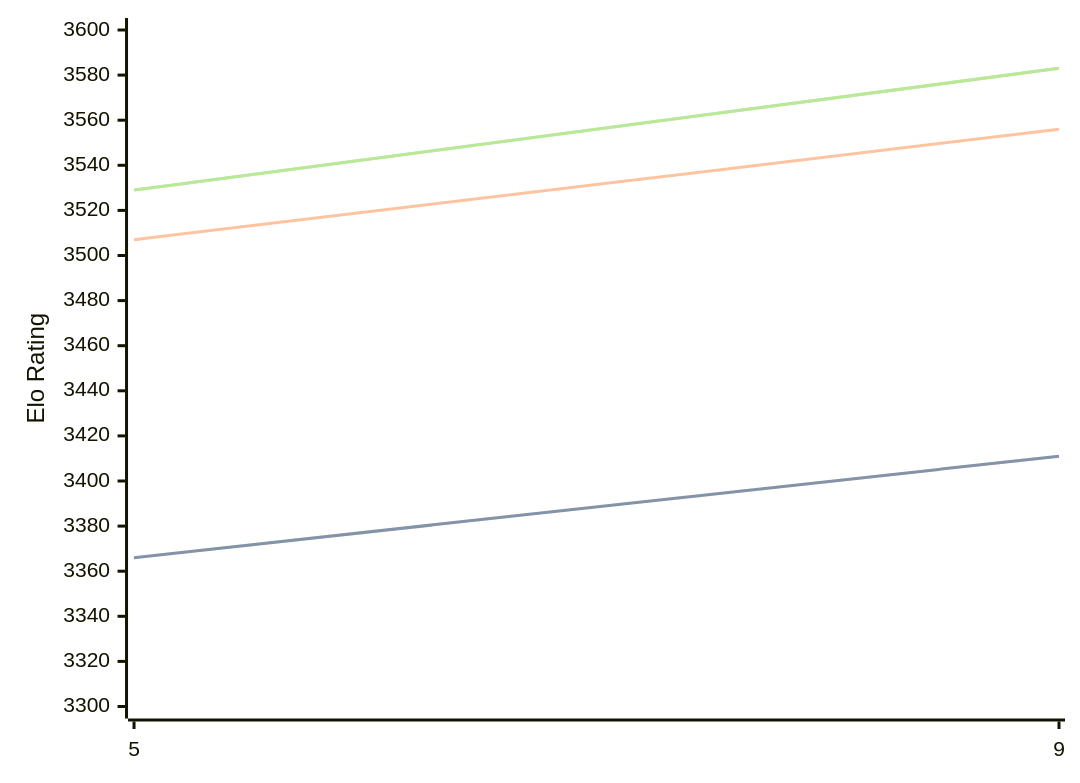
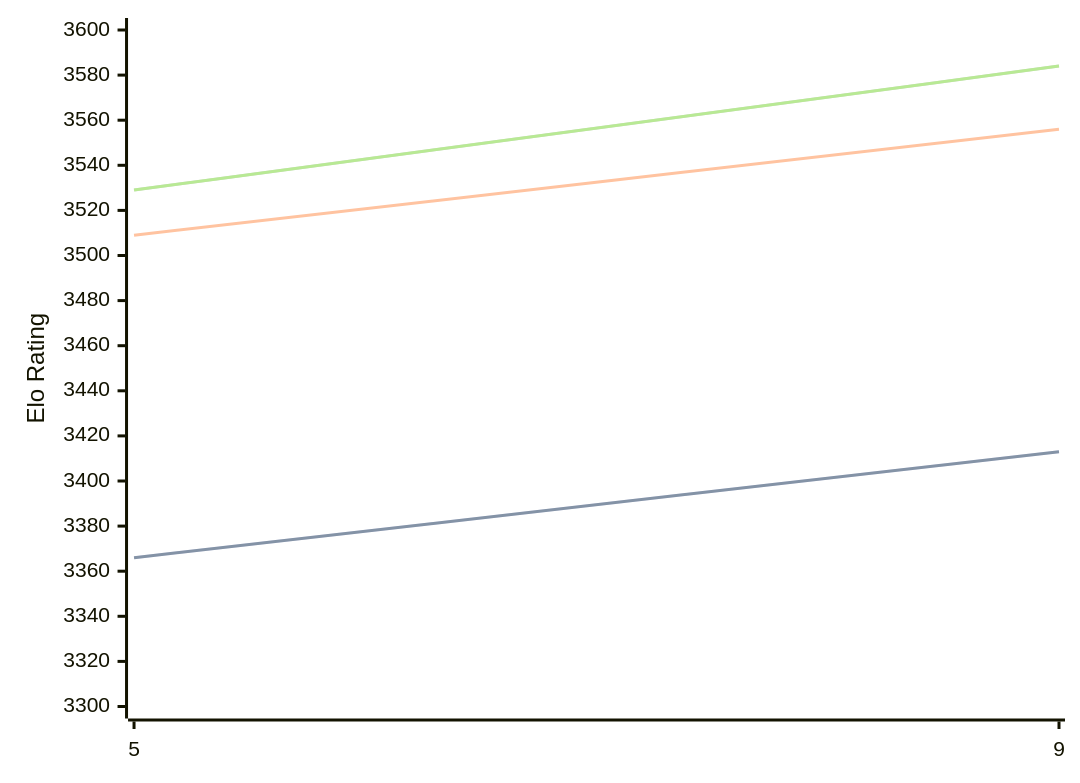
Before and after one commit to computer-chess-index/cci: the diagram in engines/Crystal.md, drawn with Mermaid. The commit also changed other lines of this file, not shown here.

Commit message:
Update CCI Ratings (ELO VLTC) - 2026-07-23

````diff
--- a/engines/Crystal.md
+++ b/engines/Crystal.md
@@ -60,11 +60,11 @@
 ```mermaid
 %%{init: {"theme":"base","themeVariables":{"seriesColors:['#a3a3a3','#222221','#faa371']}}}%%
 xychart-beta
   x-axis ["5", "9"]
   y-axis "Elo Rating" 3300 --> 3600
-  line "STC (8.0+0.08s)" [3366, 3411]
-  line "STC (8.0+0.08s)" [3366, 3411]
-  line "LTC (60.0+0.60s)" [3507, 3556]
-  line "VLTC (2m24s+1.12s)" [3529, 3583]
-  line "VLTC (2m24s+1.12s)" [3529, 3583]
+  line "STC (8.0+0.08s)" [3366, 3413]
+  line "STC (8.0+0.08s)" [3366, 3413]
+  line "LTC (60.0+0.60s)" [3509, 3556]
+  line "VLTC (2m24s+1.12s)" [3529, 3584]
+  line "VLTC (2m24s+1.12s)" [3529, 3584]
 ```
````
